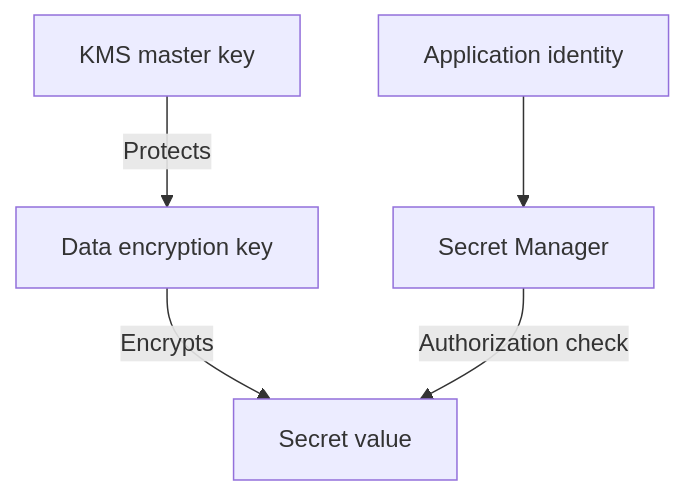
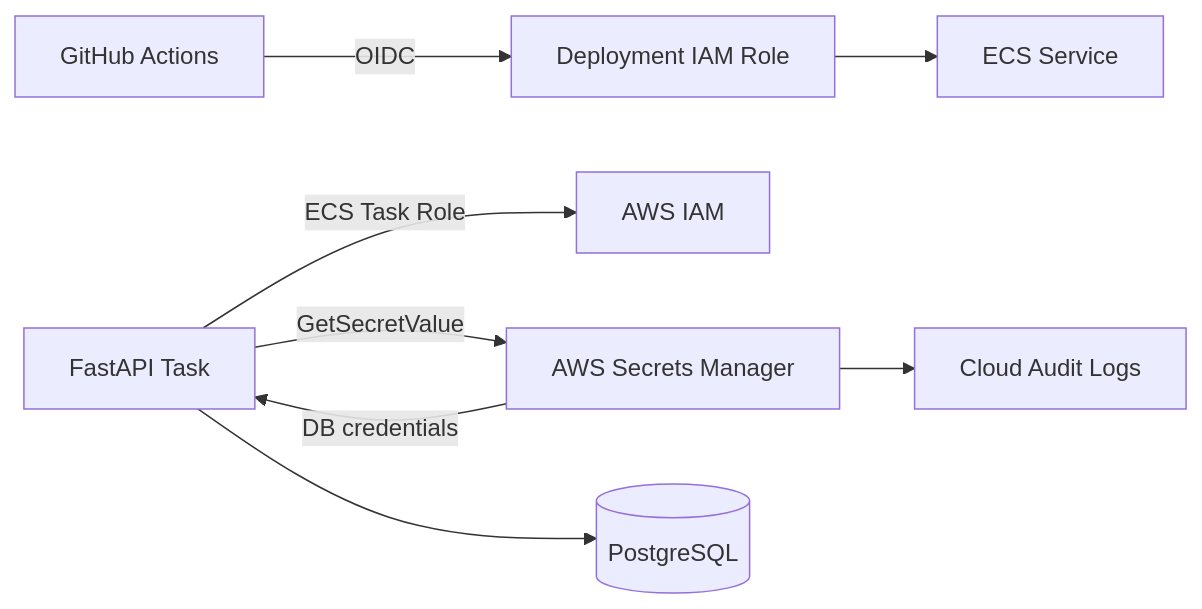
One commit to AvadhBhalodiya/Interview-Preparation changed the fifth of 6 diagrams in src/content/security/secrets-management.md. Above: the diagram before and after it, drawn with Mermaid. The commit also changed other lines of this file and 54 other files, not shown here.

````diff
--- a/src/content/security/secrets-management.md
+++ b/src/content/security/secrets-management.md
@@ -734,7 +474,11 @@
 ```mermaid
-flowchart TD
-    K[KMS master key] -->|Protects| D[Data encryption key]
-    D -->|Encrypts| S[Secret value]
-    I[Application identity] --> SM[Secret Manager]
-    SM -->|Authorization check| S
+flowchart LR
+    GH[GitHub Actions] -->|OIDC| IAM1[Deployment IAM Role]
+    IAM1 --> ECS[ECS Service]
+
+    APP[FastAPI Task] -->|ECS Task Role| IAM2[AWS IAM]
+    APP -->|GetSecretValue| SM[AWS Secrets Manager]
+    SM -->|DB credentials| APP
+    APP --> DB[(PostgreSQL)]
+    SM --> LOG[Cloud Audit Logs]
 ```
````
